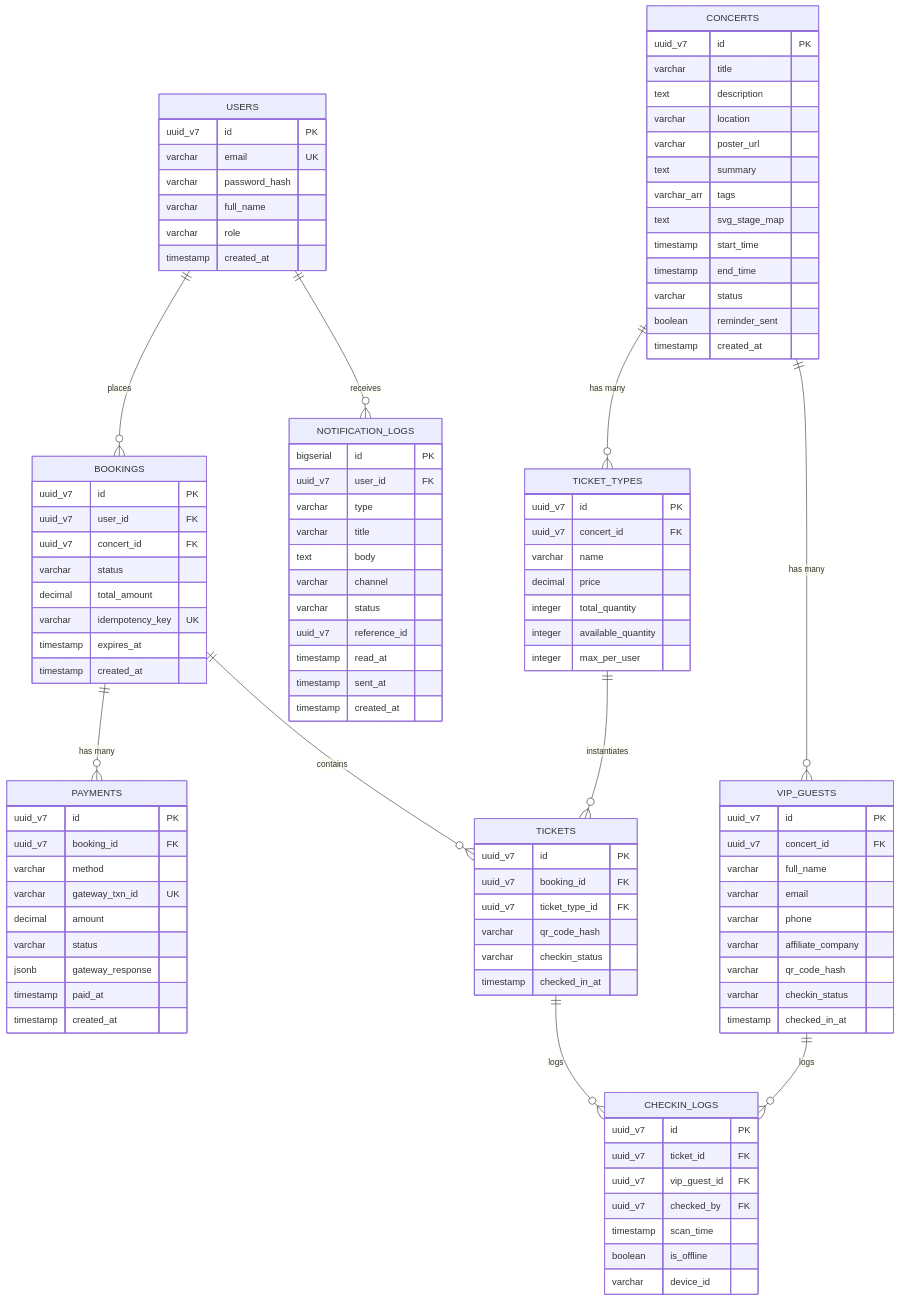
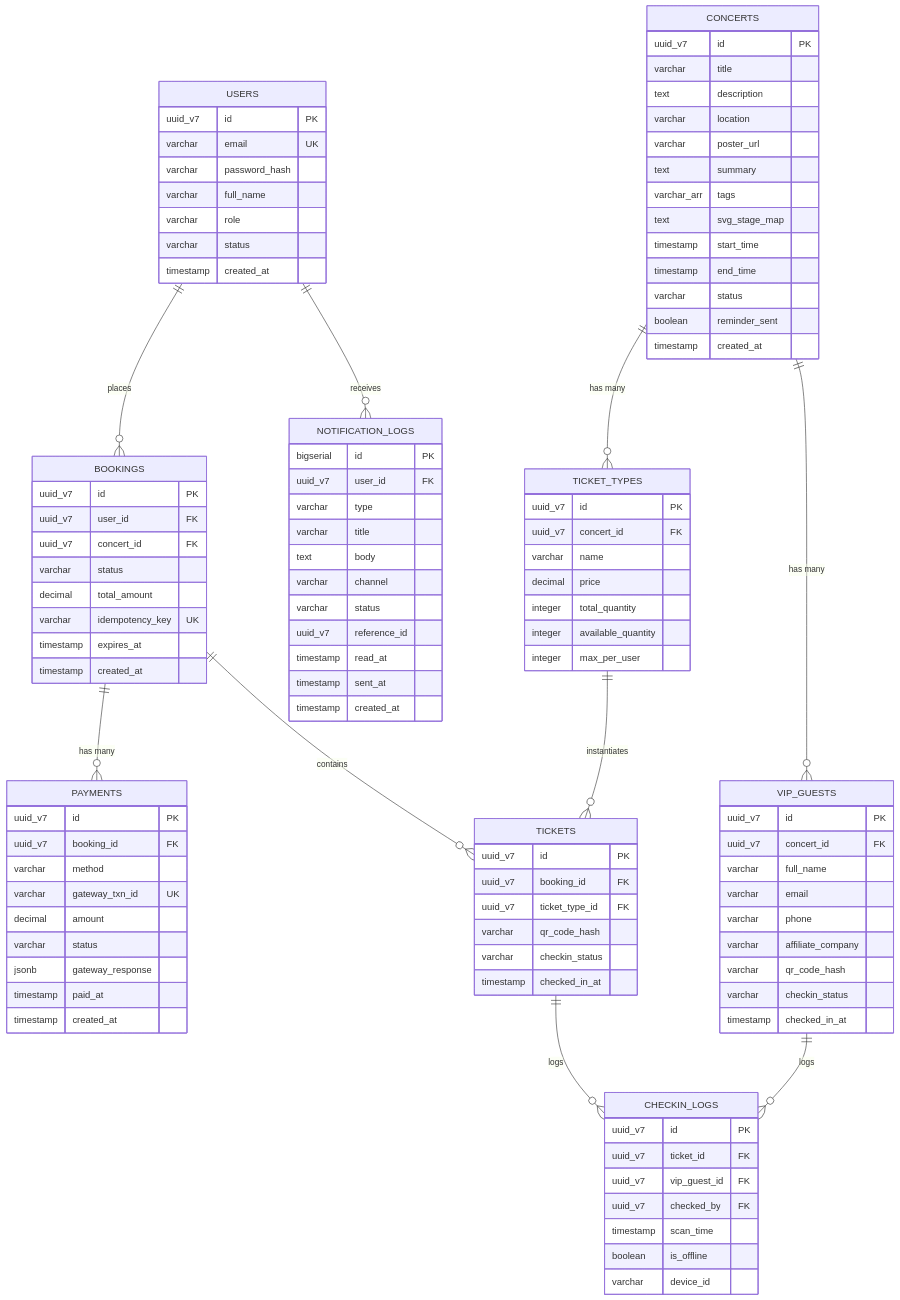
Before and after one commit to thuytranj/TicketBox: the fourth of 15 diagrams in docs/design.md, drawn with Mermaid. The commit also changed other lines of this file and 10 other files, not shown here.

```diff
--- a/docs/design.md
+++ b/docs/design.md
@@ -316,6 +316,7 @@
         varchar password_hash
         varchar full_name
         varchar role
+        varchar status
         timestamp created_at
     }
     CONCERTS {
```
